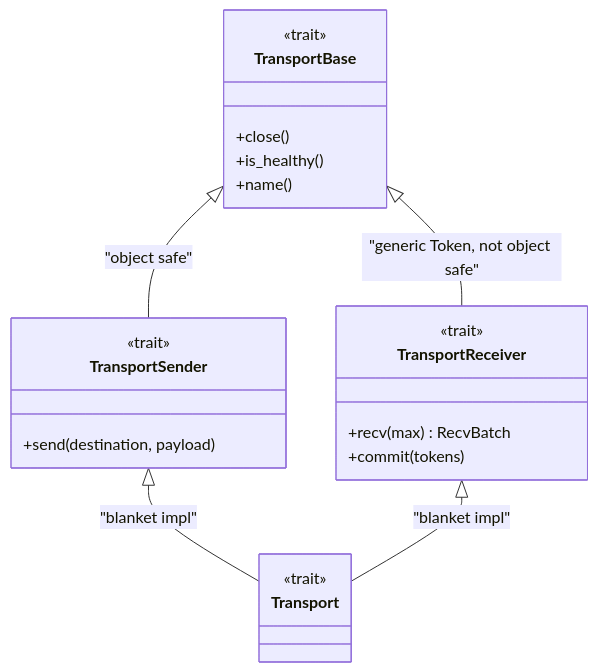
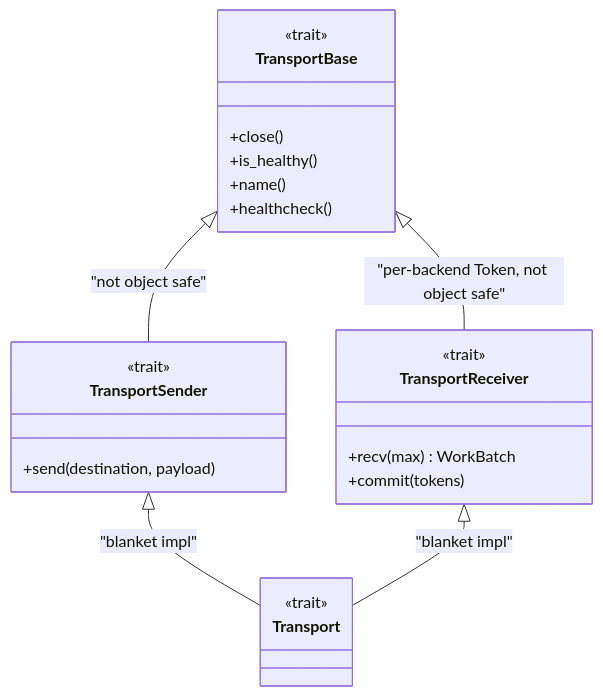
Before and after one commit to hyperi-io/scalo-rs: the diagram in docs/transport/README.md, drawn with Mermaid. The commit also changed other lines of this file and 2 other files, not shown here.

First line of the commit message:
docs: match transport docs to the receiver API (#180)

````diff
--- a/docs/transport/README.md
+++ b/docs/transport/README.md
@@ -16,25 +16,26 @@
 ```mermaid
 classDiagram
     class TransportBase {
         <<trait>>
         +close()
         +is_healthy()
         +name()
+        +healthcheck()
     }
     class TransportSender {
         <<trait>>
         +send(destination, payload)
     }
     class TransportReceiver {
         <<trait>>
-        +recv(max) RecvBatch
+        +recv(max) WorkBatch
         +commit(tokens)
     }
     class Transport {
         <<trait>>
     }
-    TransportBase <|-- TransportSender : "object safe"
-    TransportBase <|-- TransportReceiver : "generic Token, not object safe"
+    TransportBase <|-- TransportSender : "not object safe"
+    TransportBase <|-- TransportReceiver : "per-backend Token, not object safe"
     TransportSender <|-- Transport : "blanket impl"
     TransportReceiver <|-- Transport : "blanket impl"
 ```
````
